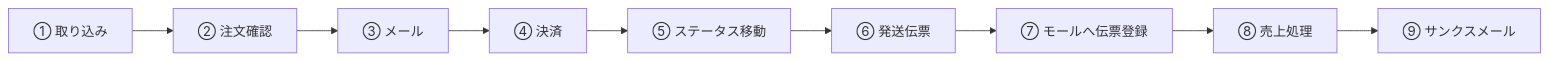
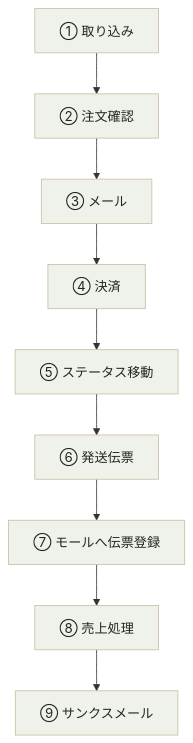
Before and after one commit to CHOISC1208/obisidian: the diagram in 緑茶園グループ/12 現行の受注フロー（先方提供資料）.md, drawn with Mermaid. The commit also changed 3 other files, not shown here.

````diff
--- a/緑茶園グループ/12 現行の受注フロー（先方提供資料）.md
+++ b/緑茶園グループ/12 現行の受注フロー（先方提供資料）.md
@@ -23,5 +23,9 @@
 ```mermaid
-flowchart LR
-    A["① 取り込み"] --> B["② 注文確認"] --> C["③ メール"] --> D["④ 決済"] --> E["⑤ ステータス移動"]
-    E --> F["⑥ 発送伝票"] --> G["⑦ モールへ伝票登録"] --> H["⑧ 売上処理"] --> I["⑨ サンクスメール"]
+flowchart TD
+    A["① 取り込み"] --> B["② 注文確認"] --> C["③ メール"]
+    C --> D["④ 決済"] --> E["⑤ ステータス移動"] --> F["⑥ 発送伝票"]
+    F --> G["⑦ モールへ伝票登録"] --> H["⑧ 売上処理"] --> I["⑨ サンクスメール"]
+
+    classDef s fill:#eef2ea,stroke:#c7bfa3,color:#23261e;
+    class A,B,C,D,E,F,G,H,I s
 ```
````
